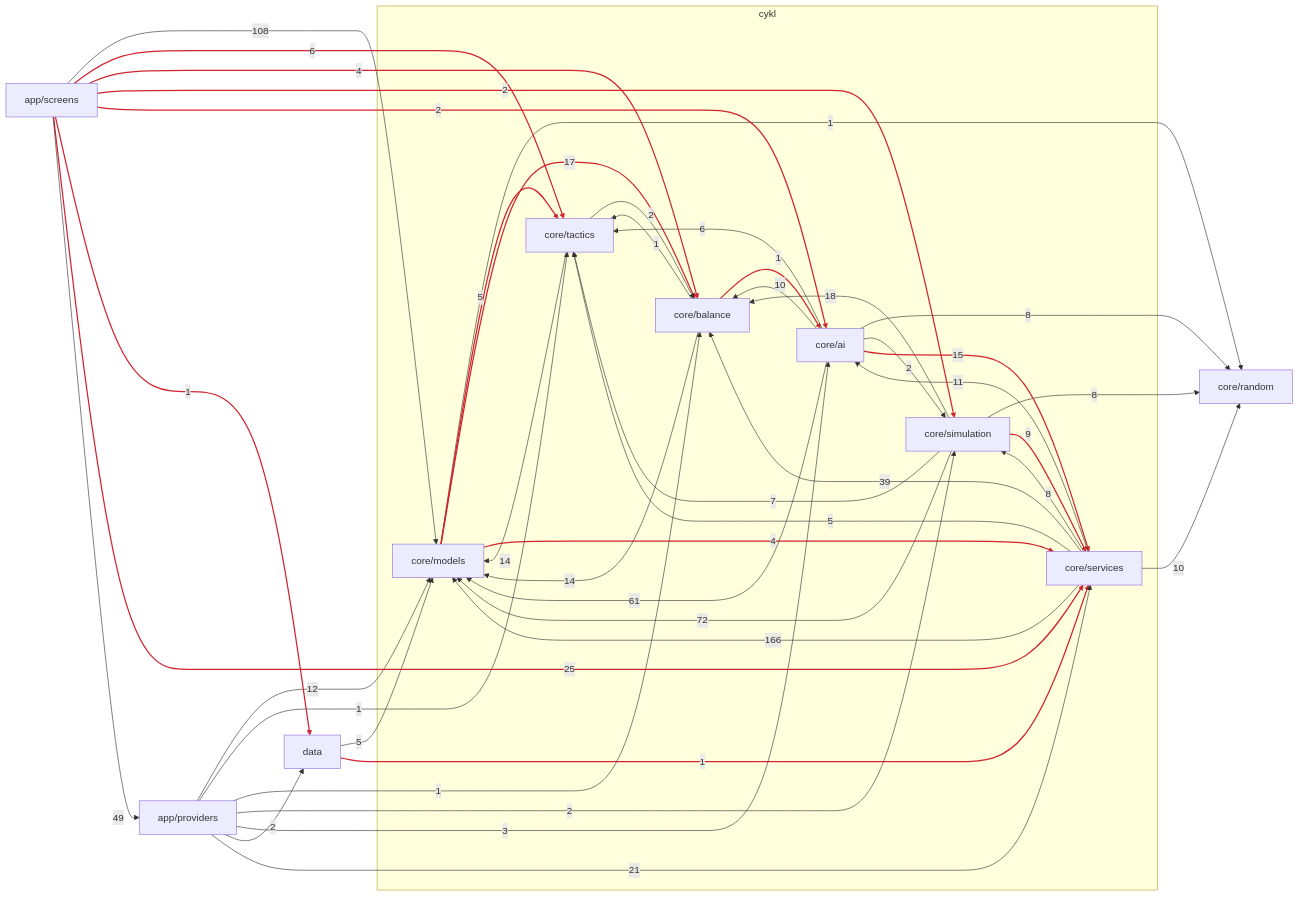
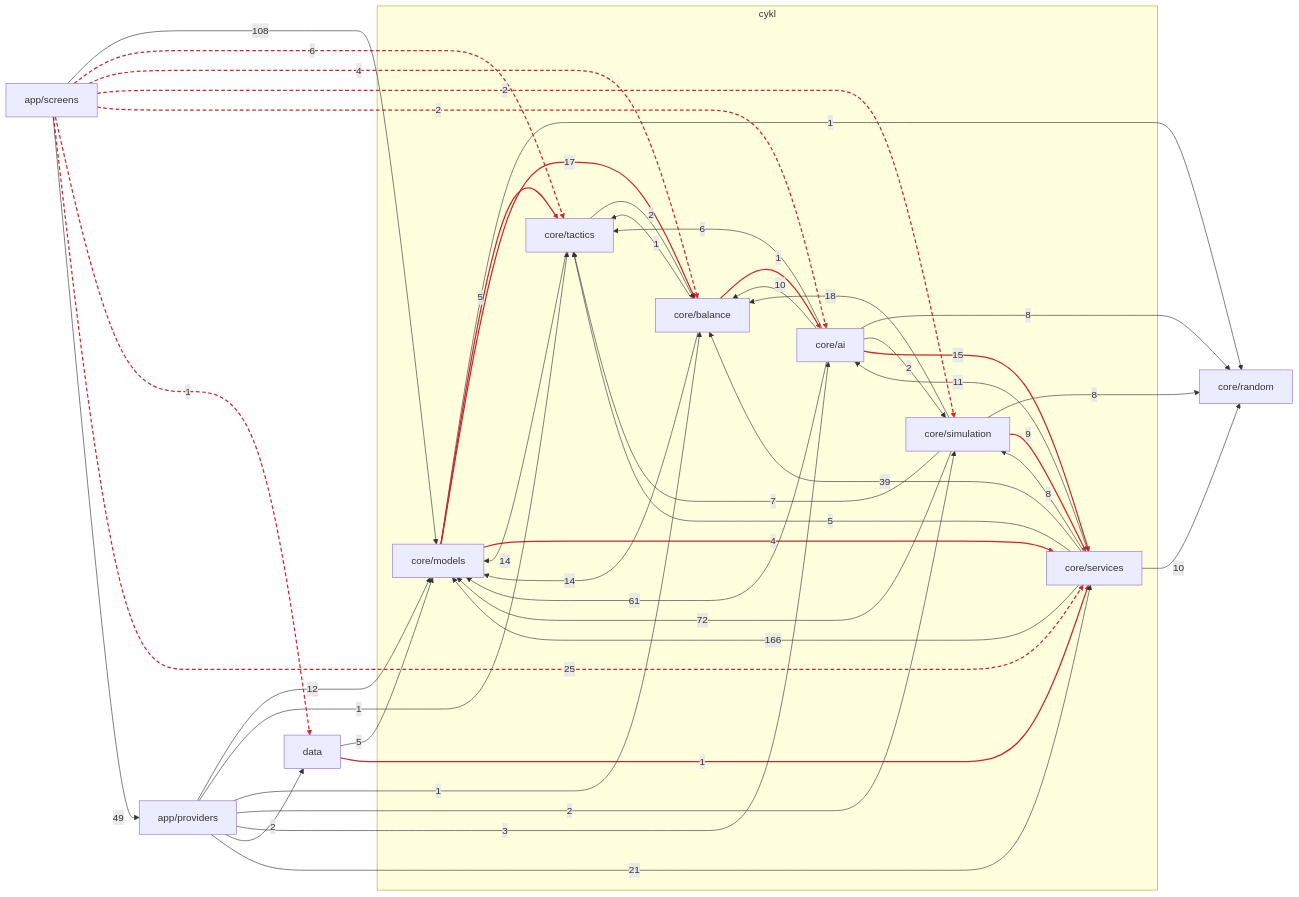
The first of 2 diagrams in docs/architecture/README.md (Adam2O5/New-football), drawn with Mermaid before and after one commit. The commit also changed other lines of this file and 1 other file, not shown here.

````diff
--- a/docs/architecture/README.md
+++ b/docs/architecture/README.md
@@ -105,59 +105,60 @@
 ```mermaid
 flowchart LR
     subgraph cycle_1 ["cykl"]
         pkg_core_models["core/models"]
         pkg_core_tactics["core/tactics"]
         pkg_core_balance["core/balance"]
         pkg_core_simulation["core/simulation"]
         pkg_core_ai["core/ai"]
         pkg_core_services["core/services"]
     end
     pkg_core_random["core/random"]
     pkg_data["data"]
     pkg_app_providers["app/providers"]
     pkg_app_screens["app/screens"]
     pkg_core_models -->|"1"| pkg_core_random
     pkg_core_models -->|"5"| pkg_core_tactics
     pkg_core_models -->|"17"| pkg_core_balance
     pkg_core_models -->|"4"| pkg_core_services
     pkg_core_tactics -->|"14"| pkg_core_models
     pkg_core_tactics -->|"2"| pkg_core_balance
     pkg_core_balance -->|"14"| pkg_core_models
     pkg_core_balance -->|"1"| pkg_core_tactics
     pkg_core_balance -->|"1"| pkg_core_ai
     pkg_core_simulation -->|"72"| pkg_core_models
     pkg_core_simulation -->|"8"| pkg_core_random
     pkg_core_simulation -->|"7"| pkg_core_tactics
     pkg_core_simulation -->|"18"| pkg_core_balance
     pkg_core_simulation -->|"9"| pkg_core_services
     pkg_core_ai -->|"61"| pkg_core_models
     pkg_core_ai -->|"8"| pkg_core_random
     pkg_core_ai -->|"6"| pkg_core_tactics
     pkg_core_ai -->|"10"| pkg_core_balance
     pkg_core_ai -->|"2"| pkg_core_simulation
     pkg_core_ai -->|"15"| pkg_core_services
     pkg_data -->|"5"| pkg_core_models
     pkg_data -->|"1"| pkg_core_services
     pkg_core_services -->|"166"| pkg_core_models
     pkg_core_services -->|"10"| pkg_core_random
     pkg_core_services -->|"5"| pkg_core_tactics
     pkg_core_services -->|"39"| pkg_core_balance
     pkg_core_services -->|"8"| pkg_core_simulation
     pkg_core_services -->|"11"| pkg_core_ai
     pkg_app_providers -->|"12"| pkg_core_models
     pkg_app_providers -->|"1"| pkg_core_tactics
     pkg_app_providers -->|"1"| pkg_core_balance
     pkg_app_providers -->|"2"| pkg_core_simulation
     pkg_app_providers -->|"3"| pkg_core_ai
     pkg_app_providers -->|"2"| pkg_data
     pkg_app_providers -->|"21"| pkg_core_services
     pkg_app_screens -->|"108"| pkg_core_models
     pkg_app_screens -->|"6"| pkg_core_tactics
     pkg_app_screens -->|"4"| pkg_core_balance
     pkg_app_screens -->|"2"| pkg_core_simulation
     pkg_app_screens -->|"2"| pkg_core_ai
     pkg_app_screens -->|"1"| pkg_data
     pkg_app_screens -->|"25"| pkg_core_services
     pkg_app_screens -->|"49"| pkg_app_providers
-    linkStyle 1,2,3,8,13,19,21,36,37,38,39,40,41 stroke:#d1242f,stroke-width:2px
+    linkStyle 1,2,3,8,13,19,21 stroke:#d1242f,stroke-width:2px
+    linkStyle 36,37,38,39,40,41 stroke:#d1242f,stroke-width:2px,stroke-dasharray:6 4
 ```
````
